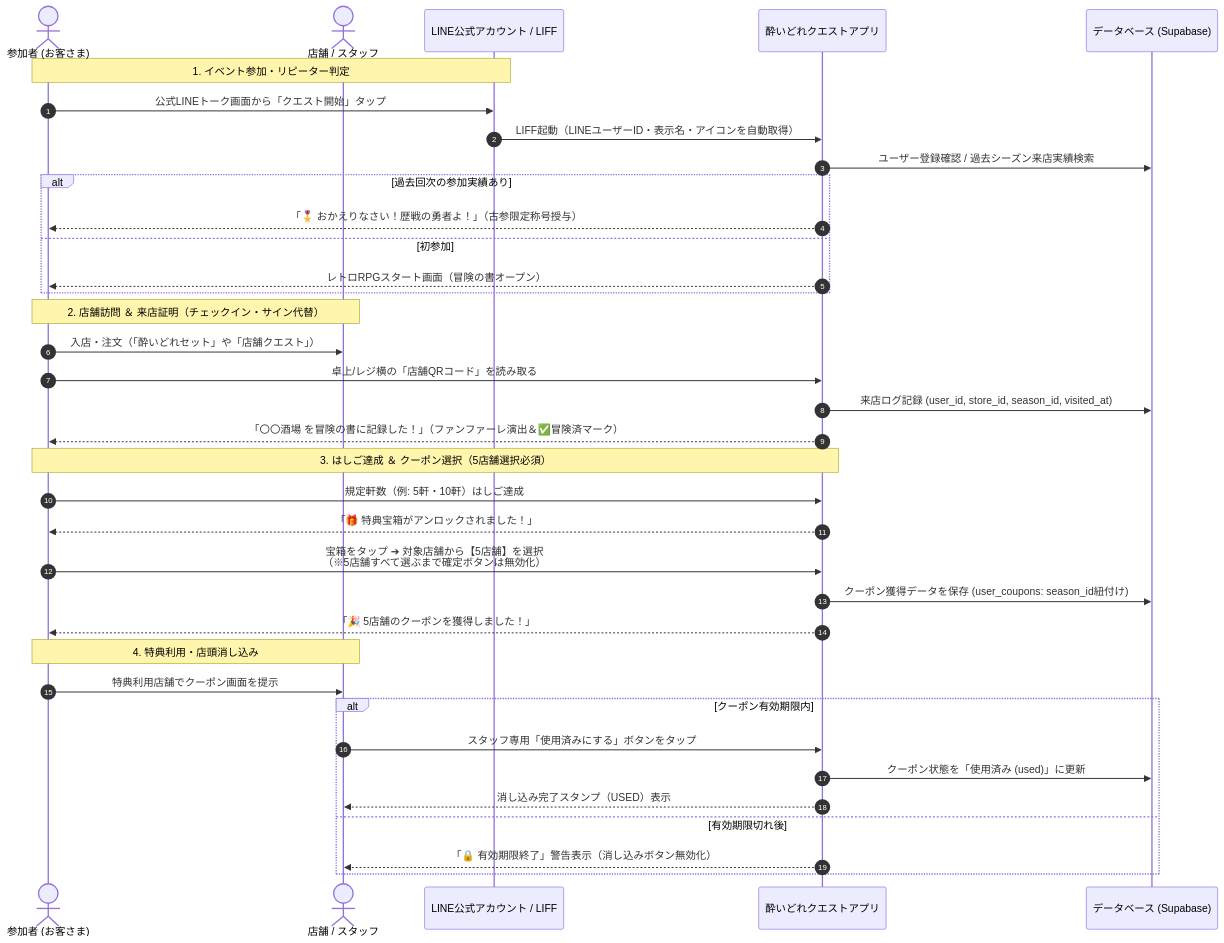
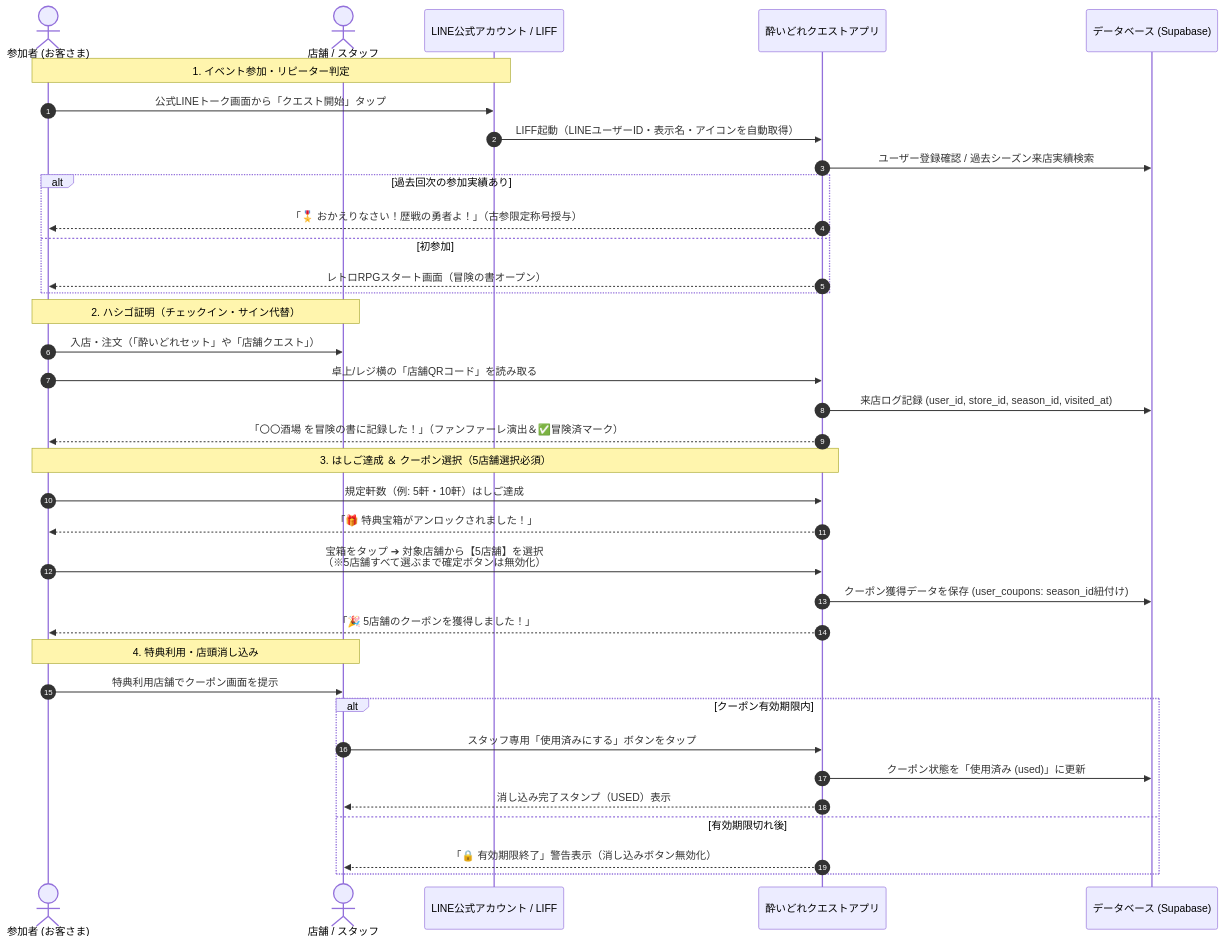
The second of 3 diagrams in SPECIFICATION.md (taishoyoidore-ui/yoidore-quest2), drawn with Mermaid before and after one commit. The commit also changed 6 other files, not shown here.

````diff
--- a/SPECIFICATION.md
+++ b/SPECIFICATION.md
@@ -66,42 +66,42 @@
 ```mermaid
 sequenceDiagram
     autonumber
     actor User as 参加者 (お客さま)
     actor Shop as 店舗 / スタッフ
     participant LINE as LINE公式アカウント / LIFF
     participant App as 酔いどれクエストアプリ
     participant DB as データベース (Supabase)
 
     Note over User, LINE: 1. イベント参加・リピーター判定
     User->>LINE: 公式LINEトーク画面から「クエスト開始」タップ
     LINE->>App: LIFF起動（LINEユーザーID・表示名・アイコンを自動取得）
     App->>DB: ユーザー登録確認 / 過去シーズン来店実績検索
     alt 過去回次の参加実績あり
         App-->>User: 「🎖️ おかえりなさい！歴戦の勇者よ！」（古参限定称号授与）
     else 初参加
         App-->>User: レトロRPGスタート画面（冒険の書オープン）
     end
 
-    Note over User, Shop: 2. 店舗訪問 ＆ 来店証明（チェックイン・サイン代替）
+    Note over User, Shop: 2. ハシゴ証明（チェックイン・サイン代替）
     User->>Shop: 入店・注文（「酔いどれセット」や「店舗クエスト」）
     User->>App: 卓上/レジ横の「店舗QRコード」を読み取る
     App->>DB: 来店ログ記録 (user_id, store_id, season_id, visited_at)
     App-->>User: 「〇〇酒場 を冒険の書に記録した！」（ファンファーレ演出＆✅冒険済マーク）
 
     Note over User, App: 3. はしご達成 ＆ クーポン選択（5店舗選択必須）
     User->>App: 規定軒数（例: 5軒・10軒）はしご達成
     App-->>User: 「🎁 特典宝箱がアンロックされました！」
     User->>App: 宝箱をタップ ➔ 対象店舗から【5店舗】を選択<br/>（※5店舗すべて選ぶまで確定ボタンは無効化）
     App->>DB: クーポン獲得データを保存 (user_coupons: season_id紐付け)
     App-->>User: 「🎉 5店舗のクーポンを獲得しました！」
 
     Note over User, Shop: 4. 特典利用・店頭消し込み
     User->>Shop: 特典利用店舗でクーポン画面を提示
     alt クーポン有効期限内
         Shop->>App: スタッフ専用「使用済みにする」ボタンをタップ
         App->>DB: クーポン状態を「使用済み (used)」に更新
         App-->>Shop: 消し込み完了スタンプ（USED）表示
     else 有効期限切れ後
         App-->>Shop: 「🔒 有効期限終了」警告表示（消し込みボタン無効化）
     end
 ```
````
